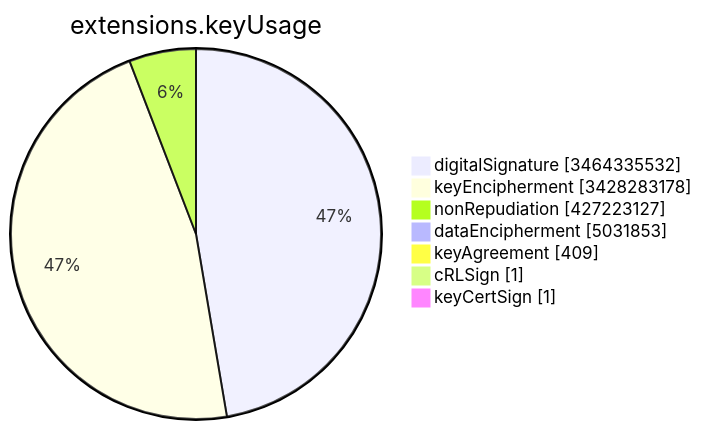
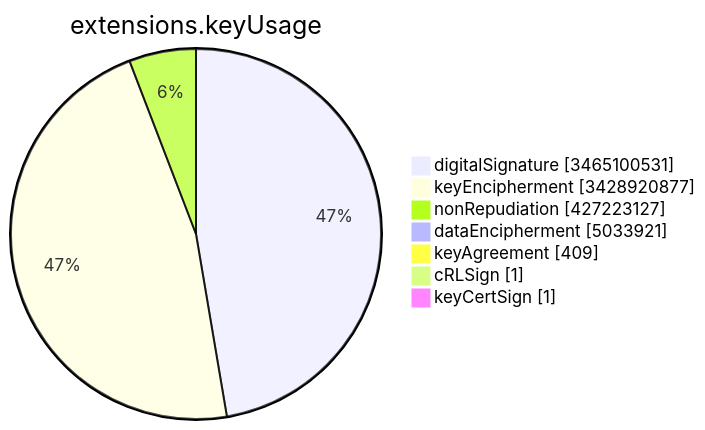
Before and after one commit to christiankrug/ctmonitor_visualization: the sixth of 15 diagrams in TOTAL/README.md, drawn with Mermaid. The commit also changed other lines of this file, not shown here.

````diff
--- a/TOTAL/README.md
+++ b/TOTAL/README.md
@@ -3082,11 +3082,11 @@
 ```mermaid
 pie showData
 title extensions.keyUsage
-"digitalSignature" :3464335532
-"keyEncipherment" :3428283178
+"digitalSignature" :3465100531
+"keyEncipherment" :3428920877
 "nonRepudiation" :427223127
-"dataEncipherment" :5031853
+"dataEncipherment" :5033921
 "keyAgreement" :409
 "cRLSign" :1
 "keyCertSign" :1
 ```
````
